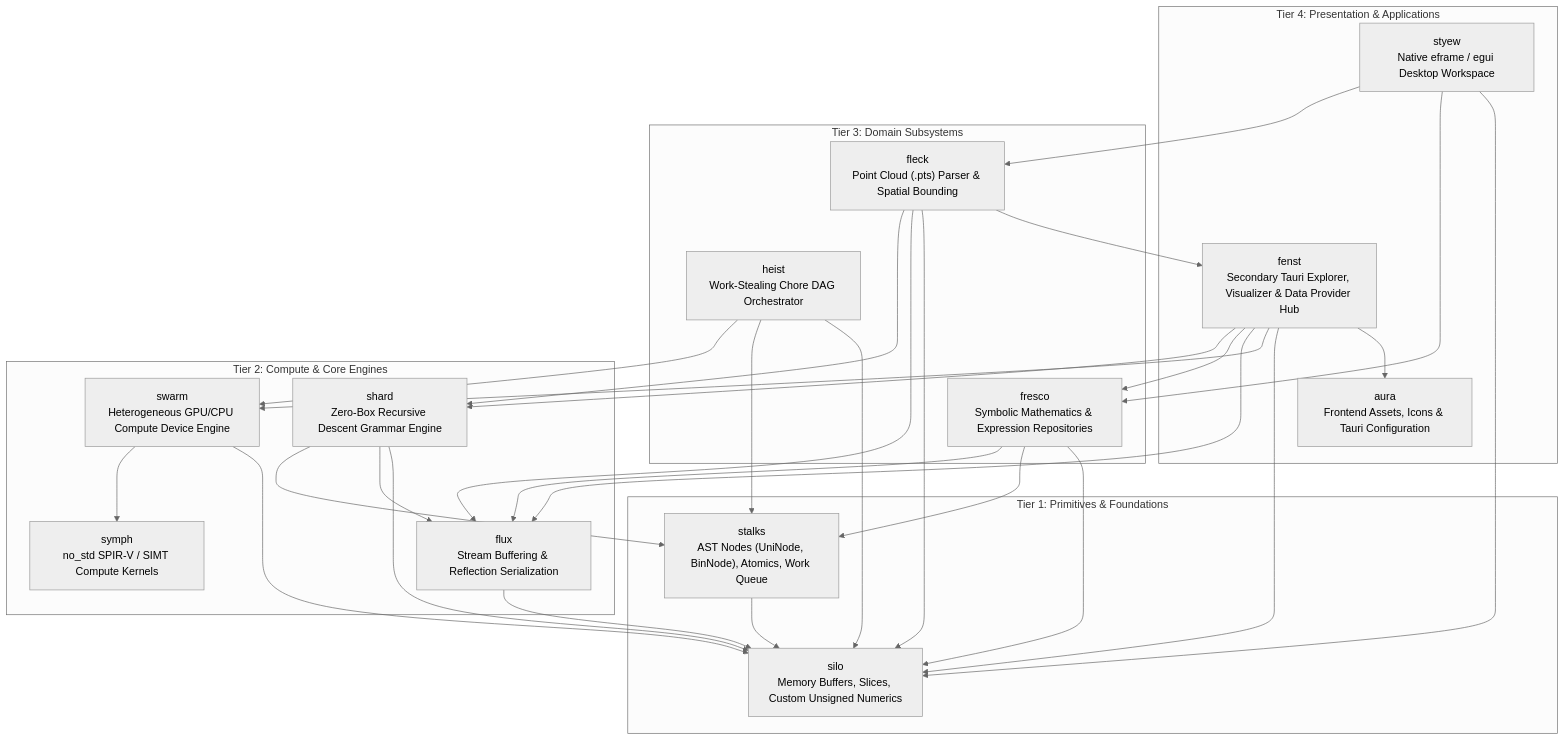
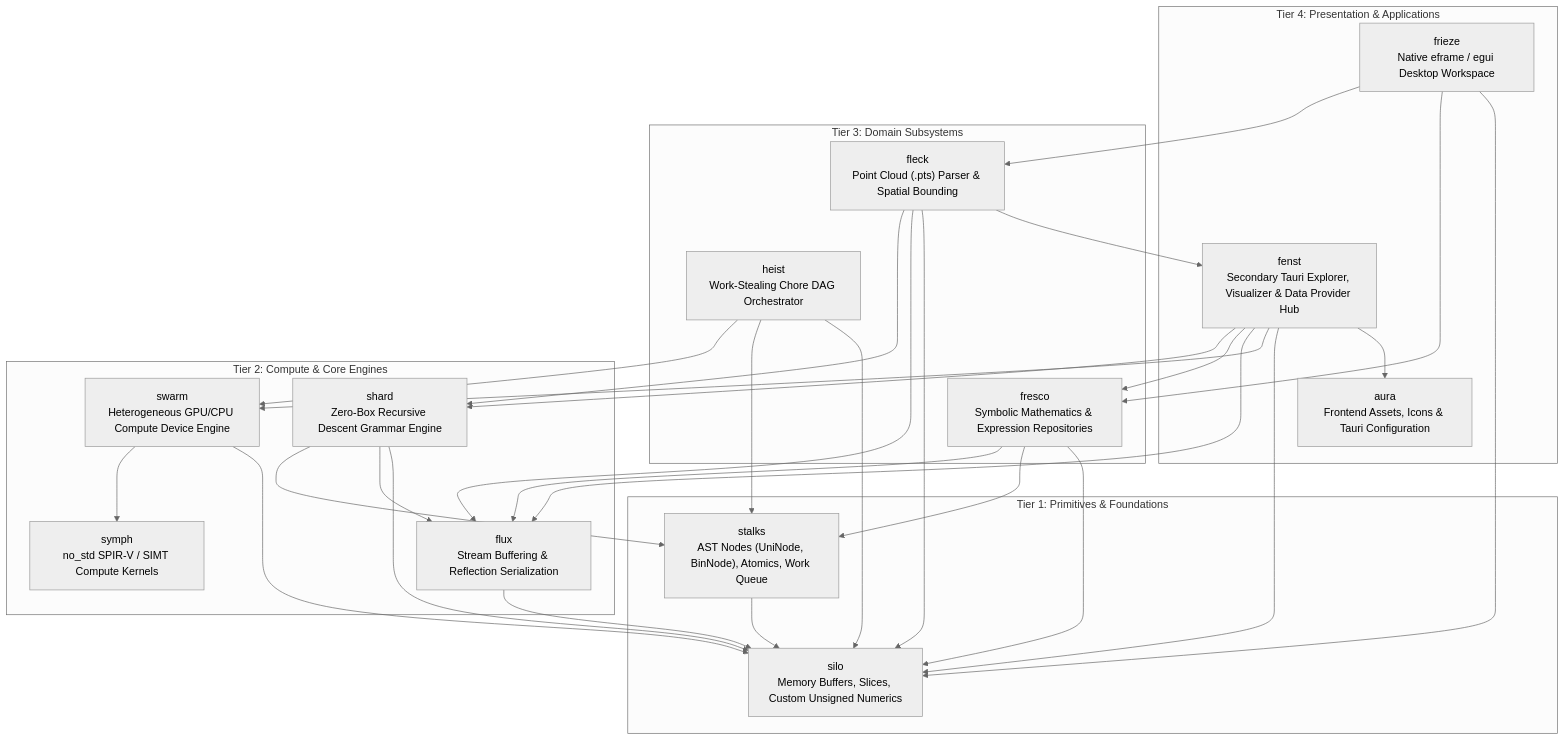
Before and after one commit to jswarup/Kosh: the first of 2 diagrams in wiki/Architecture.md, drawn with Mermaid (neutral theme). The commit also changed other lines of this file and 16 other files, not shown here.

First line of the commit message:
Rename styew to frieze

````diff
--- a/wiki/Architecture.md
+++ b/wiki/Architecture.md
@@ -17,59 +17,59 @@
 ```mermaid
 graph TD
     subgraph Layer4 ["Tier 4: Presentation & Applications"]
-        Styew["styew<br/>Native eframe / egui Desktop Workspace"]
+        Frieze["frieze<br/>Native eframe / egui Desktop Workspace"]
         Fenst["fenst<br/>Secondary Tauri Explorer, Visualizer & Data Provider Hub"]
         Aura["aura<br/>Frontend Assets, Icons & Tauri Configuration"]
     end
 
     subgraph Layer3 ["Tier 3: Domain Subsystems"]
         Fleck["fleck<br/>Point Cloud (.pts) Parser & Spatial Bounding"]
         Fresco["fresco<br/>Symbolic Mathematics & Expression Repositories"]
         Heist["heist<br/>Work-Stealing Chore DAG Orchestrator"]
     end
 
     subgraph Layer2 ["Tier 2: Compute & Core Engines"]
         Swarm["swarm<br/>Heterogeneous GPU/CPU Compute Device Engine"]
         Symph["symph<br/>no_std SPIR-V / SIMT Compute Kernels"]
         Shard["shard<br/>Zero-Box Recursive Descent Grammar Engine"]
         Flux["flux<br/>Stream Buffering & Reflection Serialization"]
     end
 
     subgraph Layer1 ["Tier 1: Primitives & Foundations"]
         Stalks["stalks<br/>AST Nodes (UniNode, BinNode), Atomics, Work Queue"]
         Silo["silo<br/>Memory Buffers, Slices, Custom Unsigned Numerics"]
     end
 
-    Styew --> Fleck
-    Styew --> Fresco
-    Styew --> Silo
+    Frieze --> Fleck
+    Frieze --> Fresco
+    Frieze --> Silo
     Fenst --> Shard
     Fenst --> Fresco
     Fenst --> Flux
     Fenst --> Swarm
     Fenst --> Silo
     Fenst --> Aura
 
     Fleck --> Shard
     Fleck --> Flux
     Fleck --> Silo
     Fleck --> Fenst
 
     Fresco --> Flux
     Fresco --> Stalks
     Fresco --> Silo
 
     Heist --> Swarm
     Heist --> Stalks
     Heist --> Silo
 
     Swarm --> Symph
     Swarm --> Silo
 
     Shard --> Stalks
     Shard --> Flux
     Shard --> Silo
 
     Flux --> Silo
     Stalks --> Silo
 ```
````
